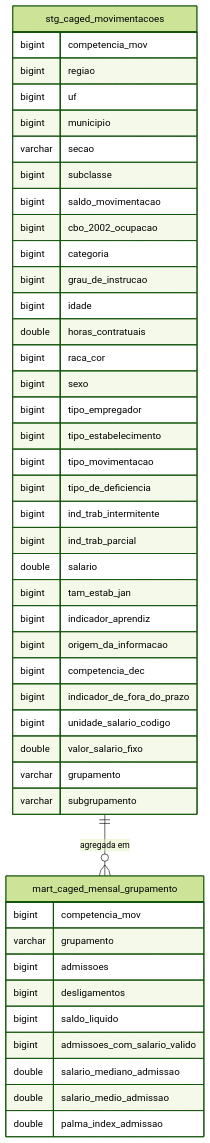
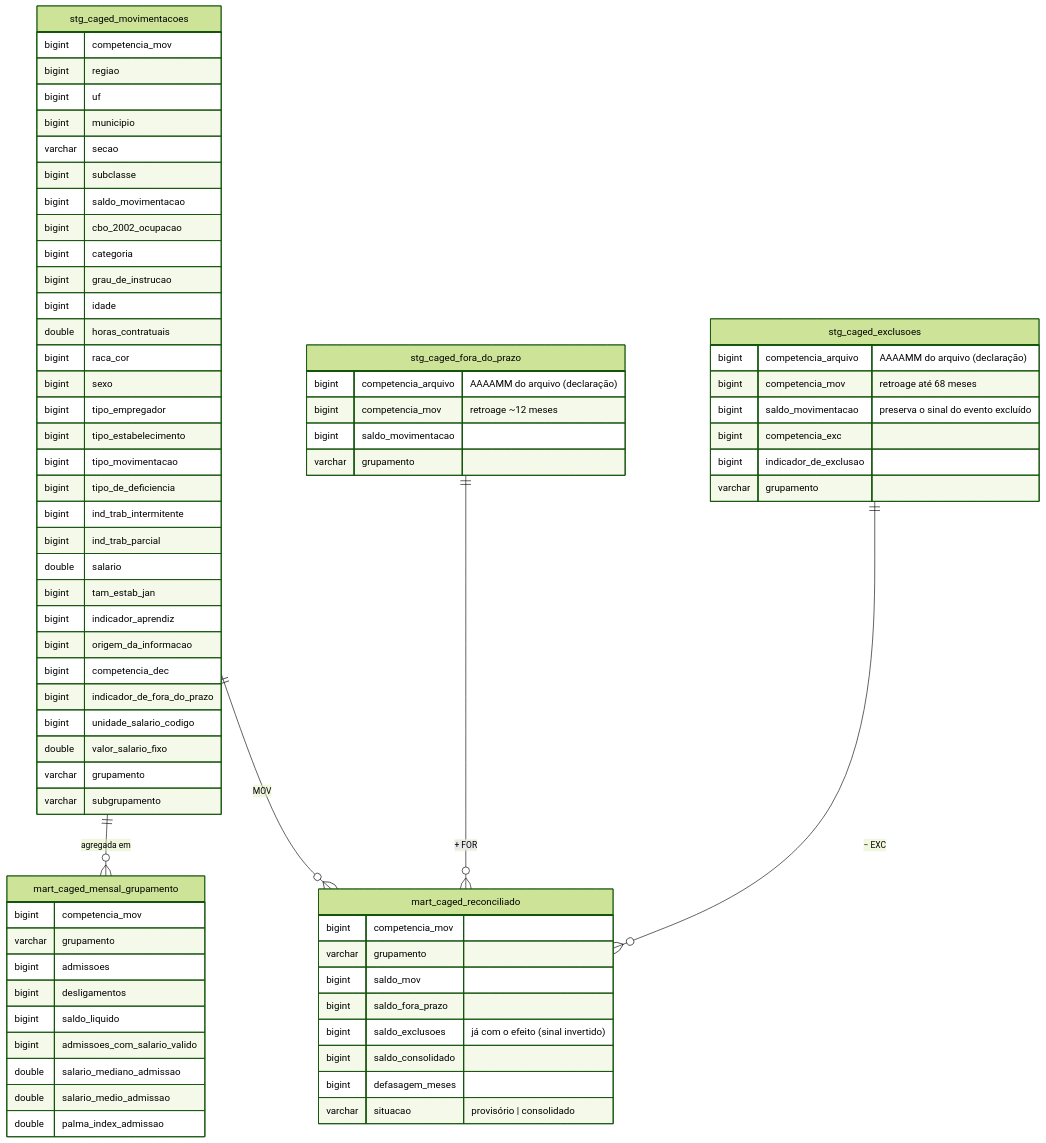
One commit to raulleninis/heco-caged-datastack changed the second of 2 diagrams in README.md. Above: the diagram before and after it, drawn with Mermaid (forest theme). The commit also changed other lines of this file, not shown here.

First line of the commit message:
docs: README com todos os comandos, variáveis e exemplos de uso

````diff
--- a/README.md
+++ b/README.md
@@ -32,49 +41,79 @@
 ```mermaid
 erDiagram
     stg_caged_movimentacoes {
         bigint competencia_mov
         bigint regiao
         bigint uf
         bigint municipio
         varchar secao
         bigint subclasse
         bigint saldo_movimentacao
         bigint cbo_2002_ocupacao
         bigint categoria
         bigint grau_de_instrucao
         bigint idade
         double horas_contratuais
         bigint raca_cor
         bigint sexo
         bigint tipo_empregador
         bigint tipo_estabelecimento
         bigint tipo_movimentacao
         bigint tipo_de_deficiencia
         bigint ind_trab_intermitente
         bigint ind_trab_parcial
         double salario
         bigint tam_estab_jan
         bigint indicador_aprendiz
         bigint origem_da_informacao
         bigint competencia_dec
         bigint indicador_de_fora_do_prazo
         bigint unidade_salario_codigo
         double valor_salario_fixo
         varchar grupamento
         varchar subgrupamento
     }
 
     mart_caged_mensal_grupamento {
         bigint competencia_mov
         varchar grupamento
         bigint admissoes
         bigint desligamentos
         bigint saldo_liquido
         bigint admissoes_com_salario_valido
         double salario_mediano_admissao
         double salario_medio_admissao
         double palma_index_admissao
     }
 
+    stg_caged_fora_do_prazo {
+        bigint competencia_arquivo "AAAAMM do arquivo (declaração)"
+        bigint competencia_mov "retroage ~12 meses"
+        bigint saldo_movimentacao
+        varchar grupamento
+    }
+
+    stg_caged_exclusoes {
+        bigint competencia_arquivo "AAAAMM do arquivo (declaração)"
+        bigint competencia_mov "retroage até 68 meses"
+        bigint saldo_movimentacao "preserva o sinal do evento excluído"
+        bigint competencia_exc
+        bigint indicador_de_exclusao
+        varchar grupamento
+    }
+
+    mart_caged_reconciliado {
+        bigint competencia_mov
+        varchar grupamento
+        bigint saldo_mov
+        bigint saldo_fora_prazo
+        bigint saldo_exclusoes "já com o efeito (sinal invertido)"
+        bigint saldo_consolidado
+        bigint defasagem_meses
+        varchar situacao "provisório | consolidado"
+    }
+
     stg_caged_movimentacoes ||--o{ mart_caged_mensal_grupamento : "agregada em"
+    stg_caged_movimentacoes ||--o{ mart_caged_reconciliado : "MOV"
+    stg_caged_fora_do_prazo ||--o{ mart_caged_reconciliado : "+ FOR"
+    stg_caged_exclusoes ||--o{ mart_caged_reconciliado : "− EXC"
 ```
````
